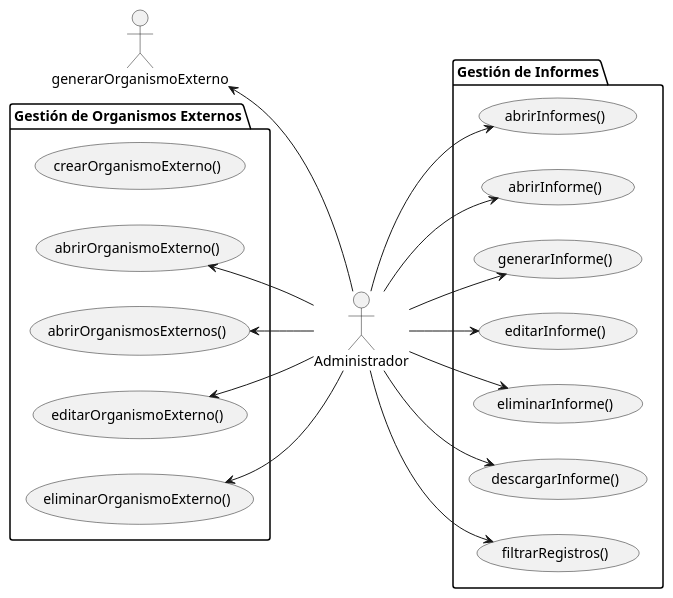
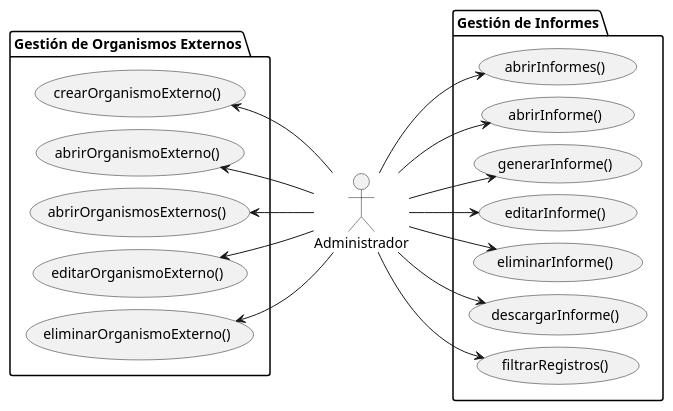
One commit to Angelo2272/26-27-IdSw1-SDR changed the diagram in modelosUML/01-actores-casos-uso/dimension-filtrado-informe/actores-casos-uso.puml. Above: the diagram before and after it, drawn with PlantUML.

Commit message:
fix: correct use case name for creating external organizations

```diff
--- a/modelosUML/01-actores-casos-uso/dimension-filtrado-informe/actores-casos-uso.puml
+++ b/modelosUML/01-actores-casos-uso/dimension-filtrado-informe/actores-casos-uso.puml
@@ -1,39 +1,41 @@
 @startuml
 
 left to right direction
+skinparam ranksep 60
+skinparam nodesep 12
 
 actor "Administrador" as admin
 
 package "Gestión de Organismos Externos" {
     usecase crearOrganismoExterno as "crearOrganismoExterno()"
     usecase abrirOrganismoExterno as "abrirOrganismoExterno()"
     usecase abrirOrganismosExternos as "abrirOrganismosExternos()"
     usecase editarOrganismoExterno as "editarOrganismoExterno()"
     usecase eliminarOrganismoExterno as "eliminarOrganismoExterno()"
 }
 
 package "Gestión de Informes" {
     usecase abrirInformes as "abrirInformes()"
     usecase abrirInforme as "abrirInforme()"
     usecase generarInforme as "generarInforme()"
     usecase editarInforme as "editarInforme()"
     usecase eliminarInforme as "eliminarInforme()"
     usecase descargarInforme as "descargarInforme()"
     usecase filtrarRegistros as "filtrarRegistros()"
 }
 
-generarOrganismoExterno <-- admin
+crearOrganismoExterno <-- admin
 abrirOrganismoExterno <-- admin
 abrirOrganismosExternos <-- admin
 editarOrganismoExterno <-- admin
 eliminarOrganismoExterno <-- admin
 
 admin --> abrirInformes
 admin --> abrirInforme
 admin --> generarInforme
 admin --> editarInforme
 admin --> eliminarInforme
 admin --> descargarInforme
 admin --> filtrarRegistros
 
 @enduml
```
